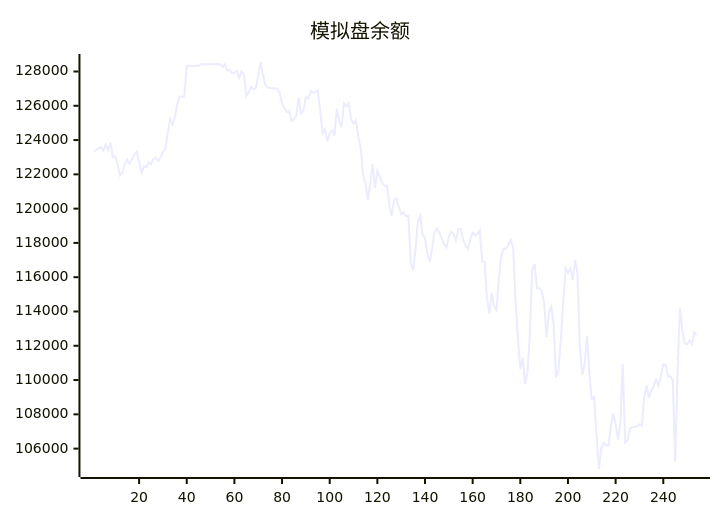
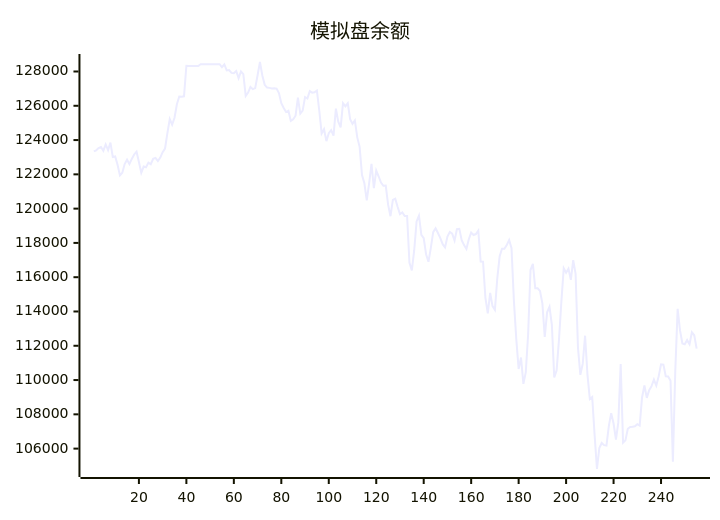
One commit to aahl/ai-trading changed the diagram in README.md. Above: the diagram before and after it, drawn with Mermaid. The commit also changed other lines of this file and 1 other file, not shown here.

````diff
--- a/README.md
+++ b/README.md
@@ -5,5 +5,5 @@
 ```mermaid
 xychart
     title "模拟盘余额"
-    line [123338,123402,123530,123592,123378,123745,123413,123853,123009,123040,122557,121938,122095,122599,122856,122597,122898,123160,123319,122719,122087,122454,122416,122685,122592,122907,122961,122776,122981,123295,123507,124403,125224,124894,125303,126088,126544,126534,126549,128335,128318,128318,128318,128318,128318,128424,128424,128424,128424,128424,128424,128424,128424,128424,128247,128412,128062,128087,127917,127901,128026,127611,128000,127850,126572,126770,127100,126971,127029,127783,128554,127765,127224,127064,127044,127009,127025,127004,126738,126152,125871,125635,125707,125117,125217,125420,126480,125545,125715,126511,126424,126856,126764,126788,126890,125710,124381,124632,123936,124402,124574,124256,125833,125070,124739,126154,125966,126145,125213,124943,125143,124157,123604,121959,121476,120476,121470,122610,121201,122221,121889,121522,121332,121344,120232,119559,120513,120577,120108,119680,119777,119572,119568,116839,116392,117573,119250,119585,118469,118277,117338,116897,117706,118628,118849,118579,118280,117926,117735,118373,118639,118544,118136,118798,118819,118162,117874,117649,118215,118601,118463,118517,118713,116911,116899,114798,113887,115084,114313,114091,115934,117221,117658,117658,117883,118164,117693,114632,112403,110644,111313,109777,110444,112673,116419,116772,115355,115355,115198,114476,112510,113954,114276,113223,110151,110561,112361,114562,116522,116265,116500,115845,117000,116199,111887,110306,110942,112588,110318,108891,109011,106814,104811,106038,106327,106201,106180,107315,108068,107463,106528,107530,110941,106346,106482,107161,107268,107270,107302,107426,107340,108985,109681,108962,109404,109645,110030,109680,110214,110918,110897,110215,110212,109962,105235,110525,114151,112895,112137,112083,112329,112094,112784,112613]
+    line [123338,123402,123530,123592,123378,123745,123413,123853,123009,123040,122557,121938,122095,122599,122856,122597,122898,123160,123319,122719,122087,122454,122416,122685,122592,122907,122961,122776,122981,123295,123507,124403,125224,124894,125303,126088,126544,126534,126549,128335,128318,128318,128318,128318,128318,128424,128424,128424,128424,128424,128424,128424,128424,128424,128247,128412,128062,128087,127917,127901,128026,127611,128000,127850,126572,126770,127100,126971,127029,127783,128554,127765,127224,127064,127044,127009,127025,127004,126738,126152,125871,125635,125707,125117,125217,125420,126480,125545,125715,126511,126424,126856,126764,126788,126890,125710,124381,124632,123936,124402,124574,124256,125833,125070,124739,126154,125966,126145,125213,124943,125143,124157,123604,121959,121476,120476,121470,122610,121201,122221,121889,121522,121332,121344,120232,119559,120513,120577,120108,119680,119777,119572,119568,116839,116392,117573,119250,119585,118469,118277,117338,116897,117706,118628,118849,118579,118280,117926,117735,118373,118639,118544,118136,118798,118819,118162,117874,117649,118215,118601,118463,118517,118713,116911,116899,114798,113887,115084,114313,114091,115934,117221,117658,117658,117883,118164,117693,114632,112403,110644,111313,109777,110444,112673,116419,116772,115355,115355,115198,114476,112510,113954,114276,113223,110151,110561,112361,114562,116522,116265,116500,115845,117000,116199,111887,110306,110942,112588,110318,108891,109011,106814,104811,106038,106327,106201,106180,107315,108068,107463,106528,107530,110941,106346,106482,107161,107268,107270,107302,107426,107340,108985,109681,108962,109404,109645,110030,109680,110214,110918,110897,110215,110212,109962,105235,110525,114151,112895,112137,112083,112329,112094,112784,112613,111829]
 ```
````
